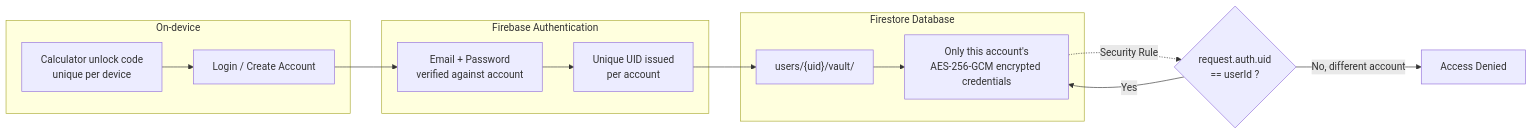
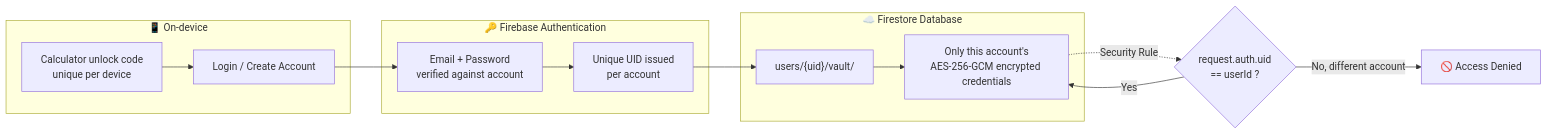
Before and after one commit to LahcenChehabi/CipherMatrix: the second of 2 diagrams in README.md, drawn with Mermaid. The commit also changed other lines of this file, not shown here.

````diff
--- a/README.md
+++ b/README.md
@@ -101,20 +101,20 @@
 ```mermaid
 flowchart LR
-    subgraph Device["On-device"]
+    subgraph Device["📱 On-device"]
         A[Calculator unlock code<br/>unique per device] --> B[Login / Create Account]
     end
 
-    subgraph FirebaseAuth["Firebase Authentication"]
+    subgraph FirebaseAuth["🔑 Firebase Authentication"]
         B --> C[Email + Password<br/>verified against account]
         C --> D[Unique UID issued<br/>per account]
     end
 
-    subgraph Firestore["Firestore Database"]
+    subgraph Firestore["☁️ Firestore Database"]
         D --> E["users/{uid}/vault/"]
         E --> F[Only this account's<br/>AES-256-GCM encrypted credentials]
     end
 
     F -.->|Security Rule| G{"request.auth.uid<br/>== userId ?"}
     G -->|Yes| F
-    G -->|No, different account| H[Access Denied]
+    G -->|No, different account| H[🚫 Access Denied]
 ```
````
